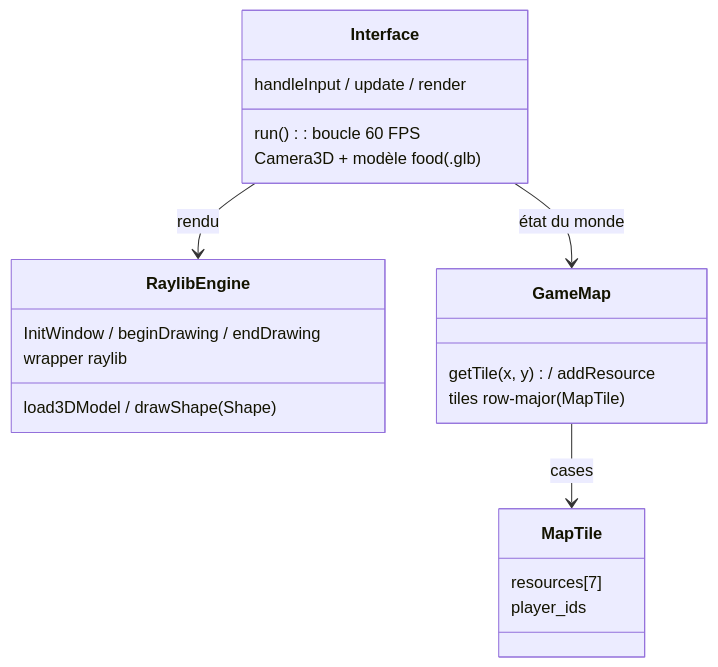
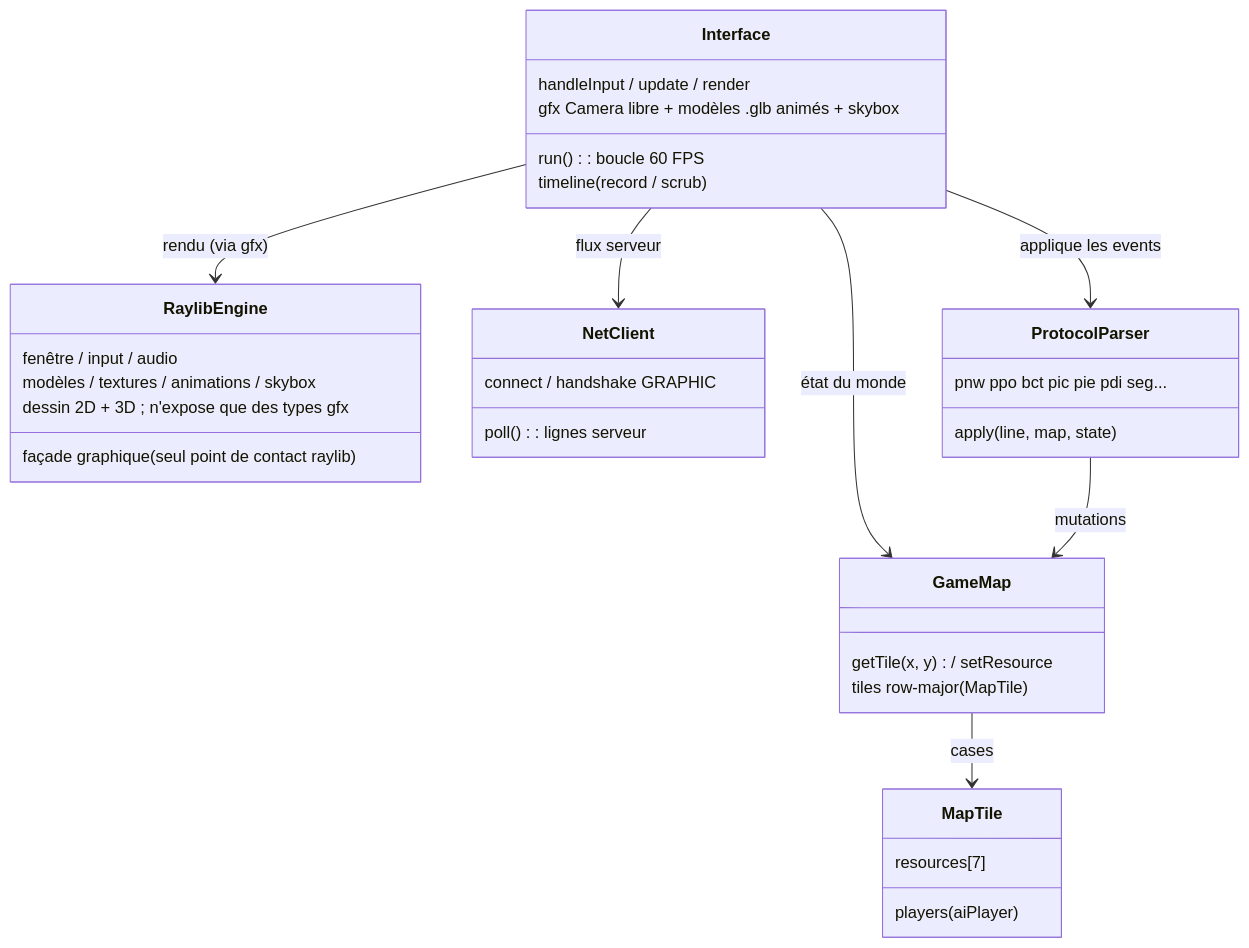
One commit to Raphaeldumon/Zappy changed the fourth of 6 diagrams in docs/01_architecture/08_uml_overview.md. Above: the diagram before and after it, drawn with Mermaid. The commit also changed other lines of this file and 57 other files, not shown here.

````diff
--- a/docs/01_architecture/08_uml_overview.md
+++ b/docs/01_architecture/08_uml_overview.md
@@ -97,25 +102,38 @@
 ```mermaid
 classDiagram
     class Interface {
         run() : boucle 60 FPS
         handleInput / update / render
-        Camera3D + modèle food (.glb)
+        gfx Camera libre + modèles .glb animés + skybox
+        timeline (record / scrub)
     }
     class RaylibEngine {
-        InitWindow / beginDrawing / endDrawing
-        load3DModel / drawShape (Shape)
-        wrapper raylib
+        façade graphique (seul point de contact raylib)
+        fenêtre / input / audio
+        modèles / textures / animations / skybox
+        dessin 2D + 3D ; n'expose que des types gfx
+    }
+    class NetClient {
+        connect / handshake GRAPHIC
+        poll() : lignes serveur
+    }
+    class ProtocolParser {
+        apply(line, map, state)
+        pnw ppo bct pic pie pdi seg...
     }
     class GameMap {
-        getTile(x, y) / addResource
+        getTile(x, y) / setResource
         tiles row-major (MapTile)
     }
     class MapTile {
         resources[7]
-        player_ids
+        players (aiPlayer)
     }
 
-    Interface --> RaylibEngine : rendu
+    Interface --> RaylibEngine : rendu (via gfx)
+    Interface --> NetClient : flux serveur
+    Interface --> ProtocolParser : applique les events
     Interface --> GameMap : état du monde
+    ProtocolParser --> GameMap : mutations
     GameMap --> MapTile : cases
 ```
````
